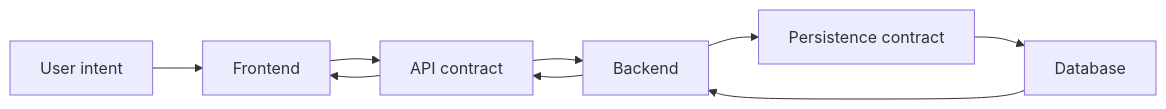
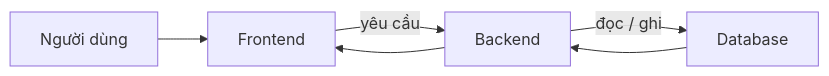
One commit to Danh20100/moibile_app changed the diagram in docs/backlogs/v1/README.md. Above: the diagram before and after it, drawn with Mermaid. The commit also changed other lines of this file and 16 other files, not shown here.

````diff
--- a/docs/backlogs/v1/README.md
+++ b/docs/backlogs/v1/README.md
@@ -23,11 +18,7 @@
 ```mermaid
 flowchart LR
-    U["User intent"] --> FE["Frontend"]
-    FE --> API["API contract"]
-    API --> BE["Backend"]
-    BE --> PC["Persistence contract"]
-    PC --> DB["Database"]
-    DB --> BE
-    BE --> API
-    API --> FE
+    U["Người dùng"] --> FE["Frontend"]
+    FE -->|"yêu cầu"| BE["Backend"]
+    BE -->|"đọc / ghi"| DB["Database"]
+    DB --> BE --> FE
 ```
````
